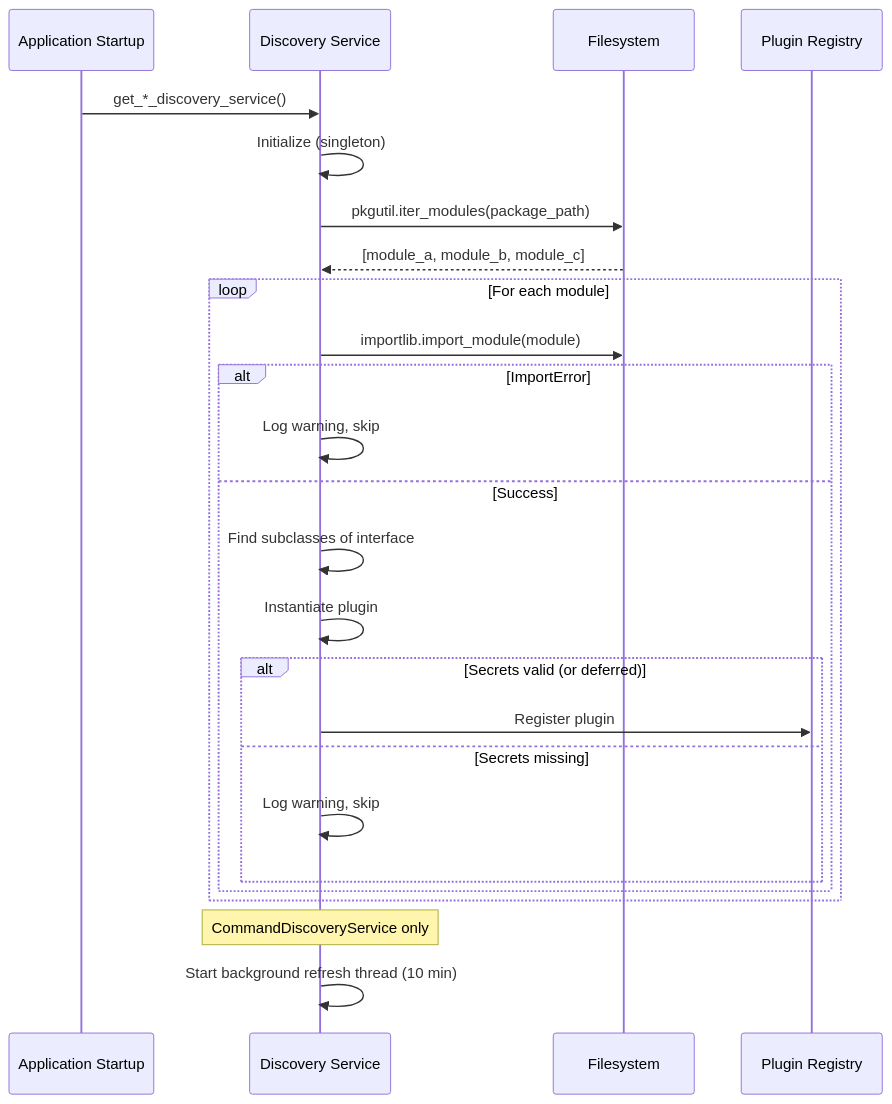
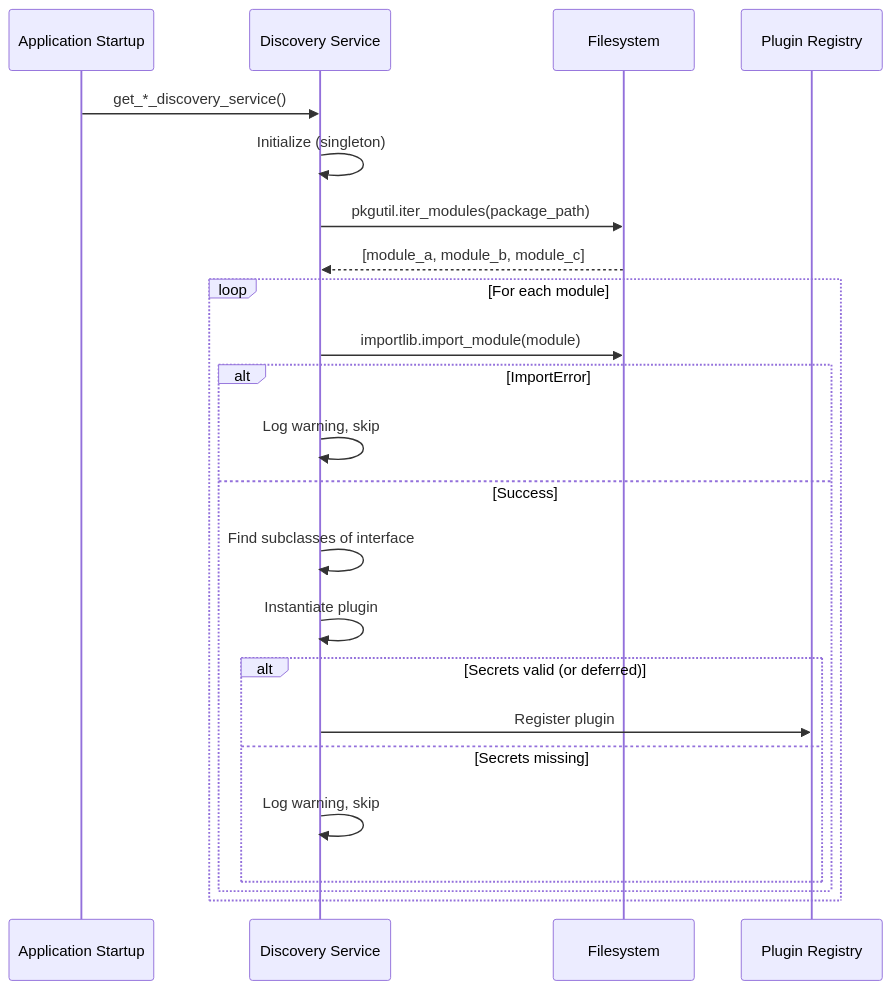
The diagram in docs/extending/discovery.md (alexberardi/jarvis-docs), drawn with Mermaid before and after one commit. The commit also changed other lines of this file and 10 other files, not shown here.

````diff
--- a/docs/extending/discovery.md
+++ b/docs/extending/discovery.md
@@ -273,30 +259,28 @@
 ```mermaid
 sequenceDiagram
     participant App as Application Startup
     participant DS as Discovery Service
     participant FS as Filesystem
     participant Reg as Plugin Registry
 
     App->>DS: get_*_discovery_service()
     DS->>DS: Initialize (singleton)
     DS->>FS: pkgutil.iter_modules(package_path)
     FS-->>DS: [module_a, module_b, module_c]
 
     loop For each module
         DS->>FS: importlib.import_module(module)
         alt ImportError
             DS->>DS: Log warning, skip
         else Success
             DS->>DS: Find subclasses of interface
             DS->>DS: Instantiate plugin
             alt Secrets valid (or deferred)
                 DS->>Reg: Register plugin
             else Secrets missing
                 DS->>DS: Log warning, skip
             end
         end
     end
 
-    Note over DS: CommandDiscoveryService only
-    DS->>DS: Start background refresh thread (10 min)
 ```
````
